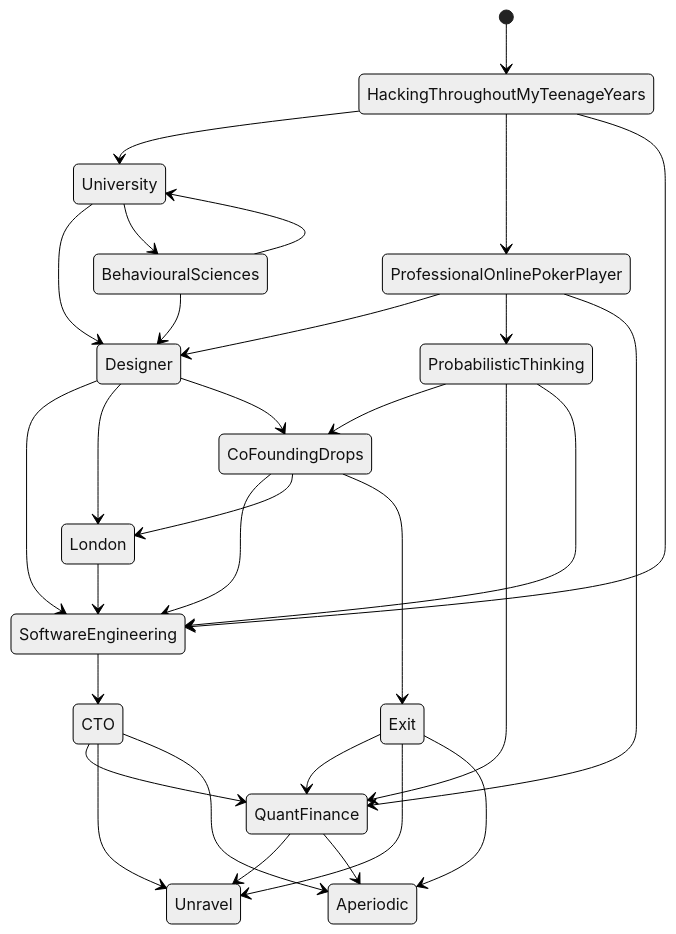
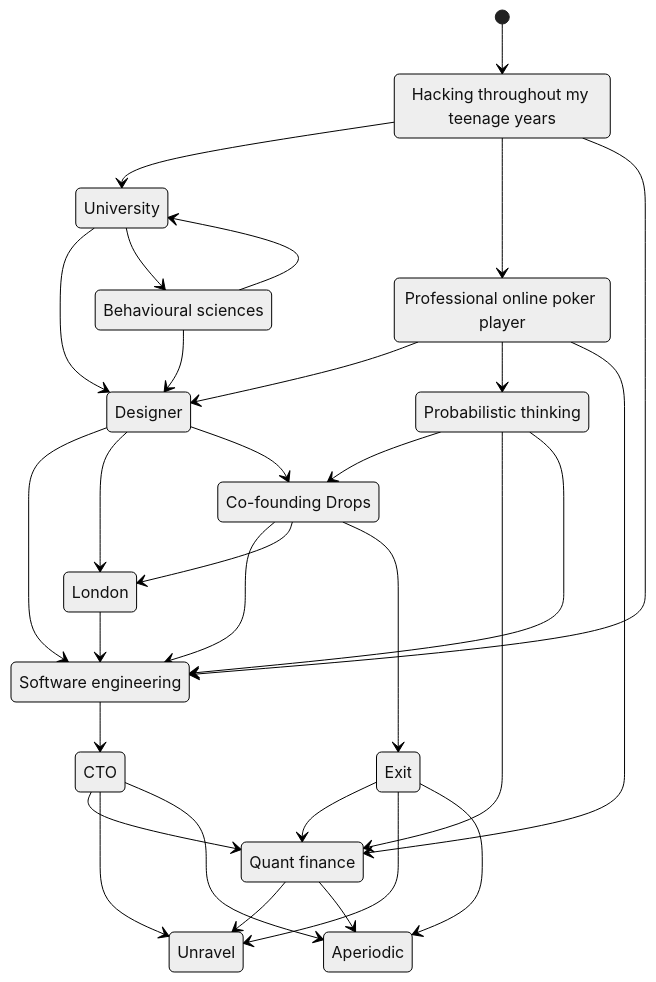
The diagram in content/_index.md (almostintuitive/almostintuitive.github.io), drawn with Mermaid (neutral theme) before and after one commit.

Commit message:
Keep homepage Mermaid graph as a compatible state diagram (#5)
* Plan homepage graph syntax fix

Agent-Logs-Url: https://github.com/almostintuitive/almostintuitive.github.io/sessions/77d6e3dd-08c5-4464-88b5-8b1d3f45e997

* Adjust plan for state diagram syntax fix

Agent-Logs-Url: https://github.com/almostintuitive/almostintuitive.github.io/sessions/77d6e3dd-08c5-4464-88b5-8b1d3f45e997

* Keep homepage graph as a state diagram

Agent-Logs-Url: https://github.com/almostintuitive/almostintuitive.github.io/sessions/77d6e3dd-08c5-4464-88b5-8b1d3f45e997

---------

```diff
--- a/content/_index.md
+++ b/content/_index.md
@@ -22,34 +22,42 @@
 {{< mermaid >}}
 
 stateDiagram
+  state "Hacking throughout my teenage years" as HackingThroughoutMyTeenageYears
+  state "Professional online poker player" as ProfessionalOnlinePokerPlayer
+  state "Behavioural sciences" as BehaviouralSciences
+  state "Probabilistic thinking" as ProbabilisticThinking
+  state "Co-founding Drops" as CoFoundingDrops
+  state "Software engineering" as SoftwareEngineering
+  state "Quant finance" as QuantFinance
+
   [*] --> HackingThroughoutMyTeenageYears
   HackingThroughoutMyTeenageYears --> University
   HackingThroughoutMyTeenageYears --> ProfessionalOnlinePokerPlayer
   University --> Designer
   University --> BehaviouralSciences
   BehaviouralSciences --> University
   BehaviouralSciences --> Designer
   ProfessionalOnlinePokerPlayer --> Designer
   ProfessionalOnlinePokerPlayer --> ProbabilisticThinking
   ProfessionalOnlinePokerPlayer --> QuantFinance
   ProbabilisticThinking --> CoFoundingDrops
   ProbabilisticThinking --> QuantFinance
   CoFoundingDrops --> SoftwareEngineering
   Designer --> SoftwareEngineering
   Designer --> London
   London --> SoftwareEngineering
   Designer --> CoFoundingDrops
   CoFoundingDrops --> London
   HackingThroughoutMyTeenageYears --> SoftwareEngineering
   ProbabilisticThinking --> SoftwareEngineering
   SoftwareEngineering --> CTO
   CTO --> QuantFinance
   CTO --> Unravel
   CTO --> Aperiodic
   CoFoundingDrops --> Exit
   Exit --> QuantFinance
   Exit --> Unravel
   Exit --> Aperiodic
   QuantFinance --> Unravel
   QuantFinance --> Aperiodic
 {{< /mermaid >}}
```
